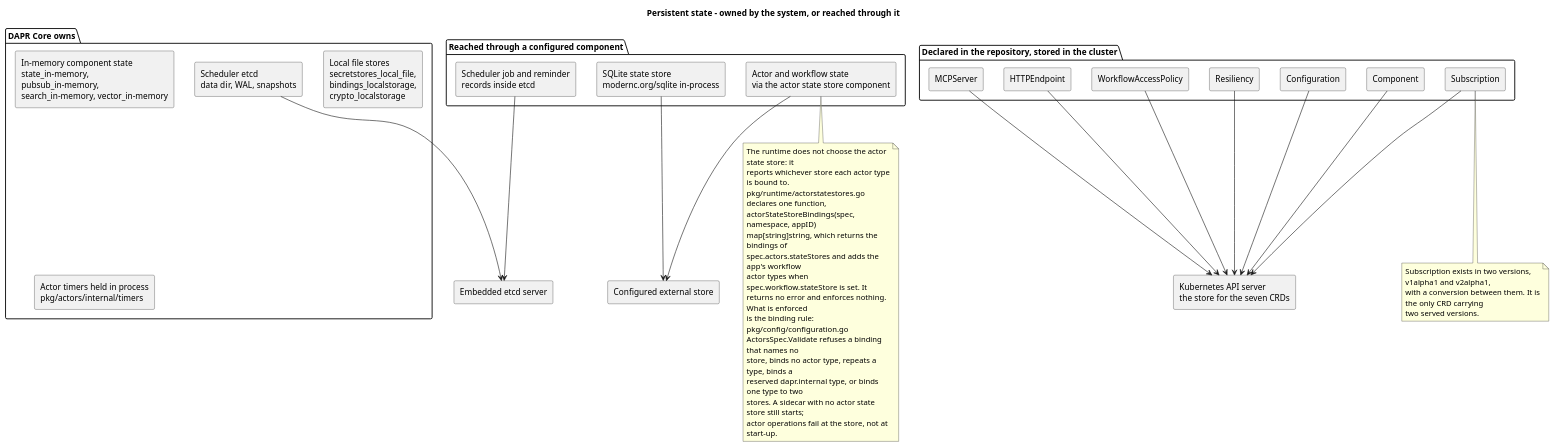
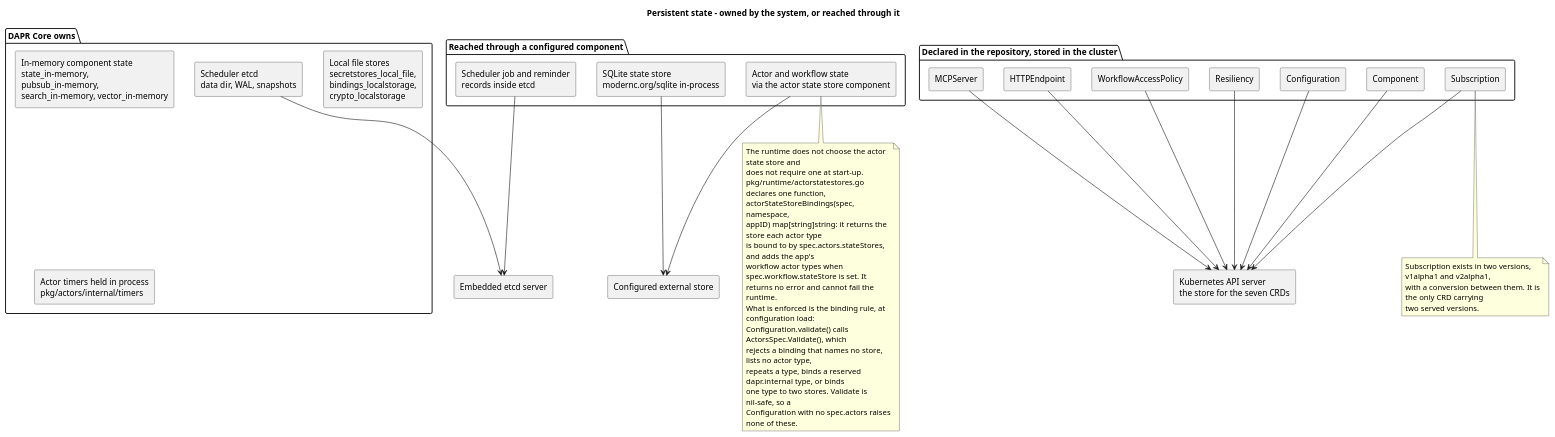
One commit to banense-test/dapr changed the second of 4 diagrams in docs/artifacts/discovery/system-inventory.md. Above: the diagram before and after it, drawn with PlantUML. The commit also changed other lines of this file, not shown here.

Commit message:
Software Archaeologist [Survey2]: upsert System Inventory
[skip ci]

````diff
--- a/docs/artifacts/discovery/system-inventory.md
+++ b/docs/artifacts/discovery/system-inventory.md
@@ -311,68 +311,67 @@
 ```plantuml
 @startuml
 title Persistent state - owned by the system, or reached through it
 skinparam componentStyle rectangle
 skinparam wrapWidth 250
 
 package "DAPR Core owns" {
   [Scheduler etcd\ndata dir, WAL, snapshots] as S1
   [In-memory component state\nstate_in-memory, pubsub_in-memory,\nsearch_in-memory, vector_in-memory] as S2
   [Local file stores\nsecretstores_local_file,\nbindings_localstorage,\ncrypto_localstorage] as S3
   [Actor timers held in process\npkg/actors/internal/timers] as S4
 }
 
 package "Declared in the repository, stored in the cluster" {
   [Component] as C1
   [Configuration] as C2
   [Resiliency] as C3
   [Subscription] as C4
   [HTTPEndpoint] as C5
   [MCPServer] as C6
   [WorkflowAccessPolicy] as C7
 }
 
 package "Reached through a configured component" {
   [Actor and workflow state\nvia the actor state store component] as A1
   [Scheduler job and reminder\nrecords inside etcd] as A2
   [SQLite state store\nmodernc.org/sqlite in-process] as A3
 }
 
 [Kubernetes API server\nthe store for the seven CRDs] as K8S
 [Embedded etcd server] as ETCD
 [Configured external store] as EXT
 
 C1 --> K8S
 C2 --> K8S
 C3 --> K8S
 C4 --> K8S
 C5 --> K8S
 C6 --> K8S
 C7 --> K8S
 S1 --> ETCD
 A2 --> ETCD
 A1 --> EXT
 A3 --> EXT
 
 note bottom of A1
-  The runtime does not choose the actor state store: it
-  reports whichever store each actor type is bound to.
-  pkg/runtime/actorstatestores.go declares one function,
-  actorStateStoreBindings(spec, namespace, appID)
-  map[string]string, which returns the bindings of
-  spec.actors.stateStores and adds the app's workflow
-  actor types when spec.workflow.stateStore is set. It
-  returns no error and enforces nothing. What is enforced
-  is the binding rule: pkg/config/configuration.go
-  ActorsSpec.Validate refuses a binding that names no
-  store, binds no actor type, repeats a type, binds a
-  reserved dapr.internal type, or binds one type to two
-  stores. A sidecar with no actor state store still starts;
-  actor operations fail at the store, not at start-up.
+  The runtime does not choose the actor state store and
+  does not require one at start-up. pkg/runtime/actorstatestores.go
+  declares one function, actorStateStoreBindings(spec, namespace,
+  appID) map[string]string: it returns the store each actor type
+  is bound to by spec.actors.stateStores, and adds the app's
+  workflow actor types when spec.workflow.stateStore is set. It
+  returns no error and cannot fail the runtime.
+  What is enforced is the binding rule, at configuration load:
+  Configuration.validate() calls ActorsSpec.Validate(), which
+  rejects a binding that names no store, lists no actor type,
+  repeats a type, binds a reserved dapr.internal type, or binds
+  one type to two stores. Validate is nil-safe, so a
+  Configuration with no spec.actors raises none of these.
 end note
 note bottom of C4
   Subscription exists in two versions, v1alpha1 and v2alpha1,
   with a conversion between them. It is the only CRD carrying
   two served versions.
 end note
 @enduml
 ```
````
